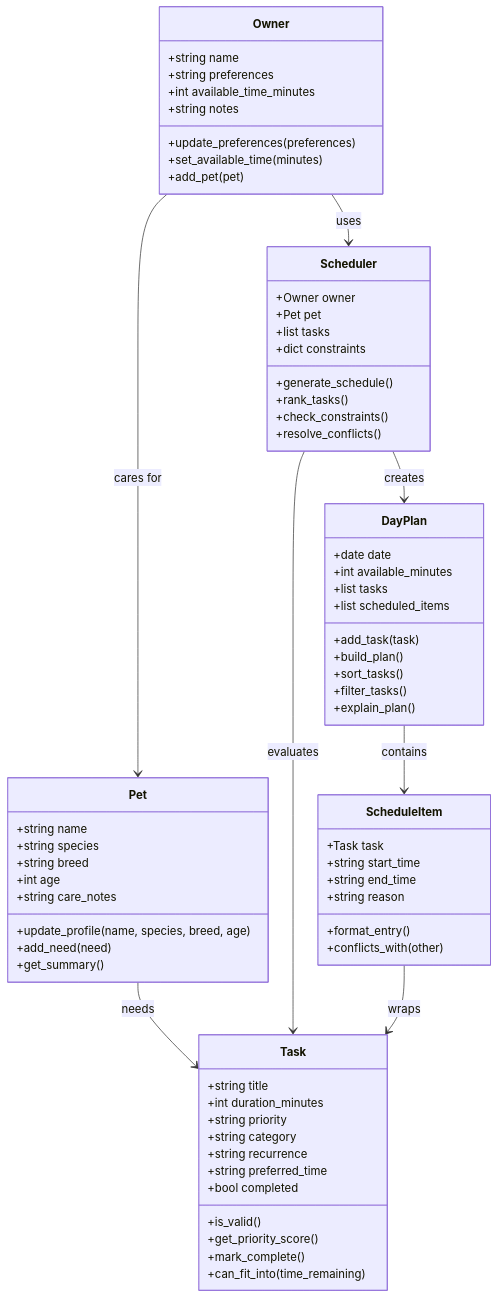
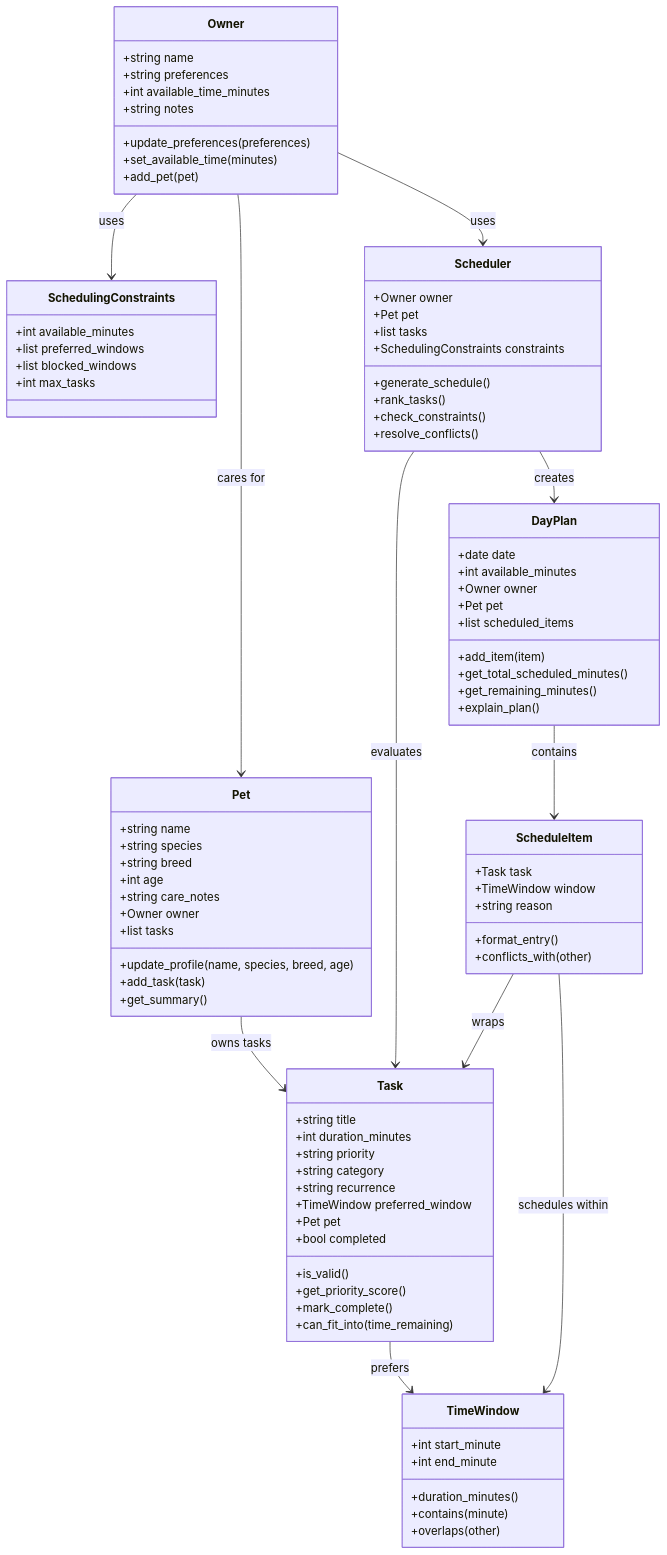
One commit to azeemtechdev/applied-ai-system-project changed the diagram in diagrams/uml_draft.mmd. Above: the diagram before and after it, drawn with Mermaid. The commit also changed 4 other files, not shown here.

```diff
--- a/diagrams/uml_draft.mmd
+++ b/diagrams/uml_draft.mmd
@@ -1,75 +1,95 @@
 classDiagram
+    class TimeWindow {
+        +int start_minute
+        +int end_minute
+        +duration_minutes()
+        +contains(minute)
+        +overlaps(other)
+    }
+
+    class SchedulingConstraints {
+        +int available_minutes
+        +list preferred_windows
+        +list blocked_windows
+        +int max_tasks
+    }
+
     class Owner {
         +string name
         +string preferences
         +int available_time_minutes
         +string notes
         +update_preferences(preferences)
         +set_available_time(minutes)
         +add_pet(pet)
     }
 
     class Pet {
         +string name
         +string species
         +string breed
         +int age
         +string care_notes
+        +Owner owner
+        +list tasks
         +update_profile(name, species, breed, age)
-        +add_need(need)
+        +add_task(task)
         +get_summary()
     }
 
     class Task {
         +string title
         +int duration_minutes
         +string priority
         +string category
         +string recurrence
-        +string preferred_time
+        +TimeWindow preferred_window
+        +Pet pet
         +bool completed
         +is_valid()
         +get_priority_score()
         +mark_complete()
         +can_fit_into(time_remaining)
     }
 
     class DayPlan {
         +date date
         +int available_minutes
-        +list tasks
+        +Owner owner
+        +Pet pet
         +list scheduled_items
-        +add_task(task)
-        +build_plan()
-        +sort_tasks()
-        +filter_tasks()
+        +add_item(item)
+        +get_total_scheduled_minutes()
+        +get_remaining_minutes()
         +explain_plan()
     }
 
     class ScheduleItem {
         +Task task
-        +string start_time
-        +string end_time
+        +TimeWindow window
         +string reason
         +format_entry()
         +conflicts_with(other)
     }
 
     class Scheduler {
         +Owner owner
         +Pet pet
         +list tasks
-        +dict constraints
+        +SchedulingConstraints constraints
         +generate_schedule()
         +rank_tasks()
         +check_constraints()
         +resolve_conflicts()
     }
 
+    Owner --> SchedulingConstraints : uses
     Owner --> Pet : cares for
     Owner --> Scheduler : uses
-    Pet --> Task : needs
+    Pet --> Task : owns tasks
+    Task --> TimeWindow : prefers
     Scheduler --> Task : evaluates
     Scheduler --> DayPlan : creates
     DayPlan --> ScheduleItem : contains
     ScheduleItem --> Task : wraps
+    ScheduleItem --> TimeWindow : schedules within
```
